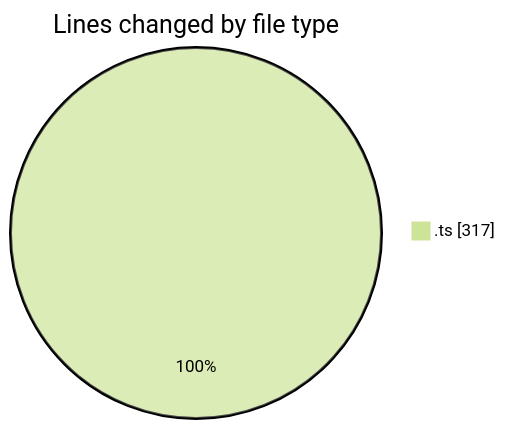
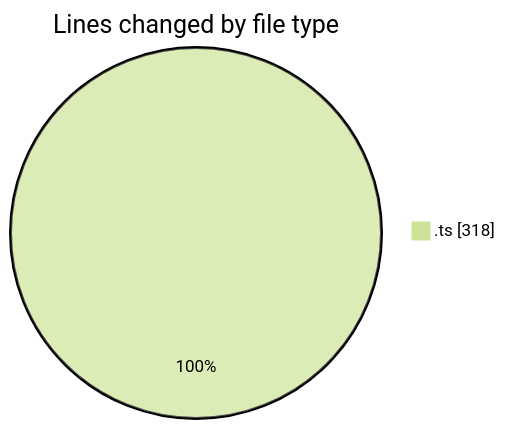
One commit to nxtqubesakshisongat/code-tracking changed the first of 2 diagrams in 2026-06-02/nxtqube_webapp/README.md. Above: the diagram before and after it, drawn with Mermaid (forest theme). The commit also changed other lines of this file and 1 other file, not shown here.

````diff
--- a/2026-06-02/nxtqube_webapp/README.md
+++ b/2026-06-02/nxtqube_webapp/README.md
@@ -20,5 +20,5 @@
 ```mermaid
 pie showData
 title Lines changed by file type
-".ts" : 317
+".ts" : 318
 ```
````
